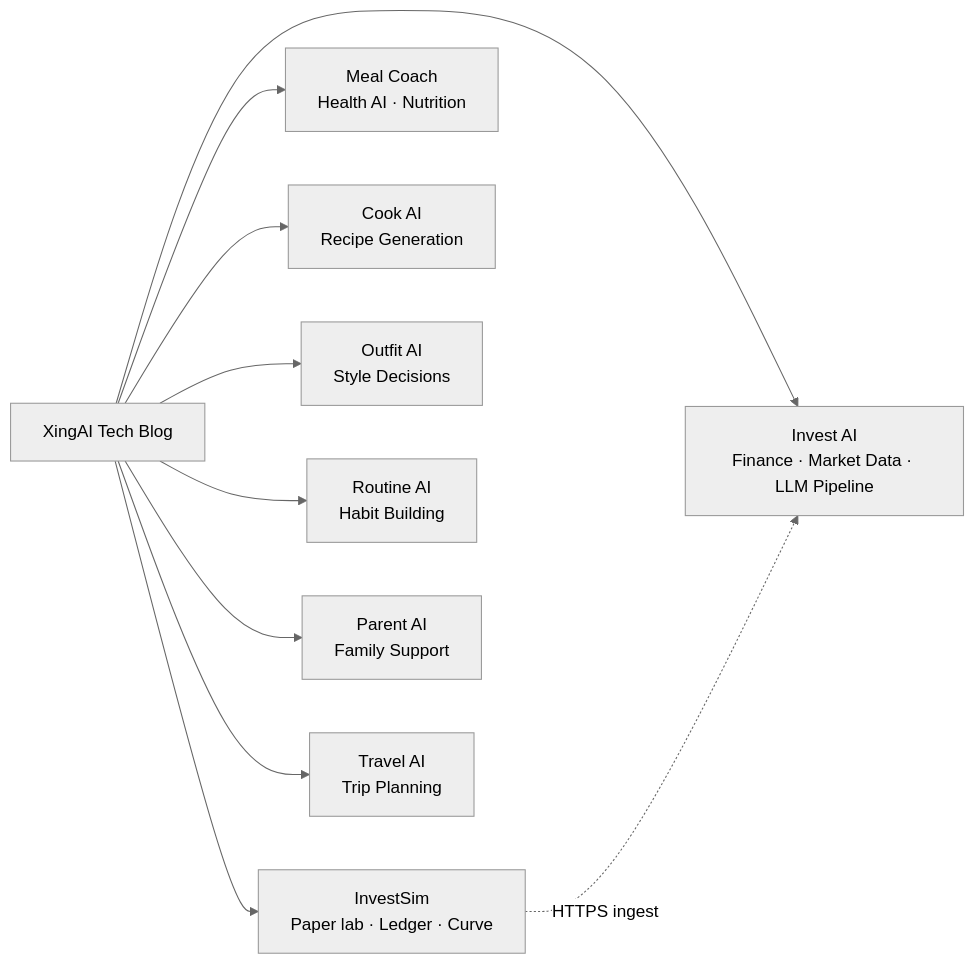
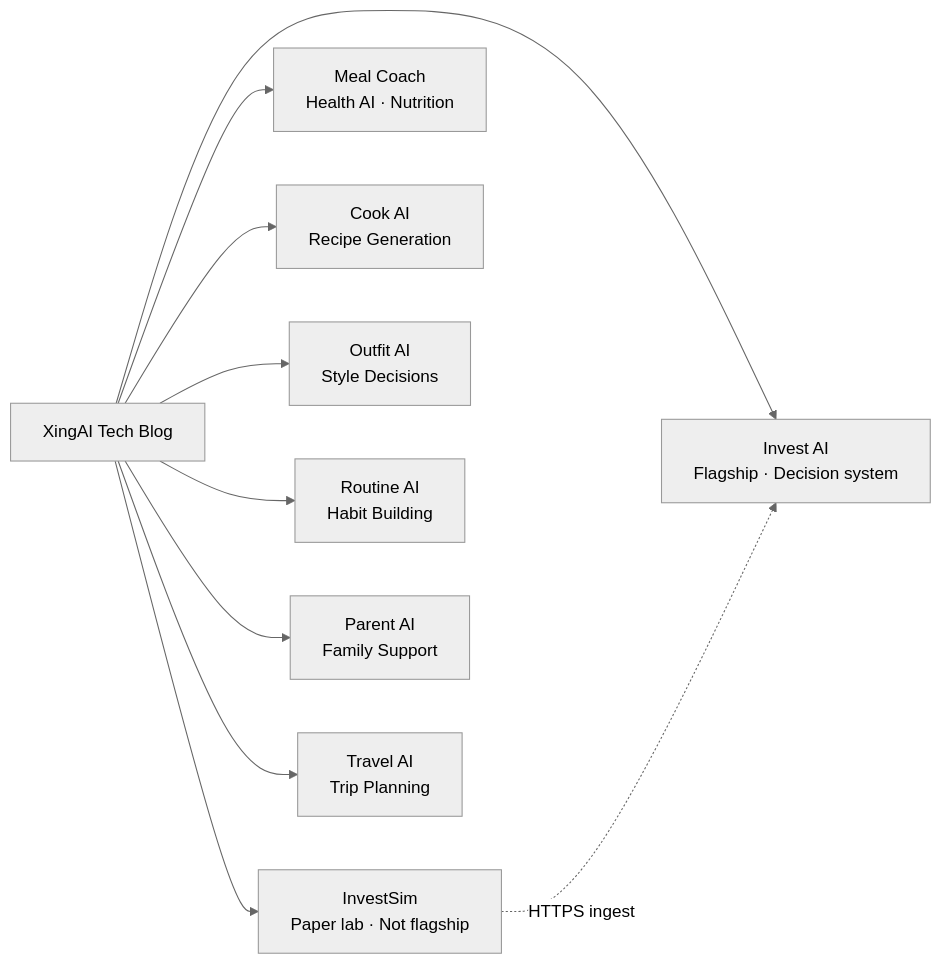
Before and after one commit to xingaiapp/xingai-tech-blog: the diagram in README.md, drawn with Mermaid (neutral theme). The commit also changed other lines of this file and 6 other files, not shown here.

````diff
--- a/README.md
+++ b/README.md
@@ -36,13 +39,13 @@
 ```mermaid
 graph LR
     BLOG["XingAI Tech Blog"]
-    BLOG --> INVEST["Invest AI<br/>Finance · Market Data · LLM Pipeline"]
-    BLOG --> INVESTSIM["InvestSim<br/>Paper lab · Ledger · Curve"]
+    BLOG --> INVEST["Invest AI<br/>Flagship · Decision system"]
+    BLOG --> INVESTSIM["InvestSim<br/>Paper lab · Not flagship"]
     BLOG --> MEAL["Meal Coach<br/>Health AI · Nutrition"]
     BLOG --> COOK["Cook AI<br/>Recipe Generation"]
     BLOG --> OUTFIT["Outfit AI<br/>Style Decisions"]
     BLOG --> ROUTINE["Routine AI<br/>Habit Building"]
     BLOG --> PARENT["Parent AI<br/>Family Support"]
     BLOG --> TRAVEL["Travel AI<br/>Trip Planning"]
     INVESTSIM -.->|"HTTPS ingest"| INVEST
 ```
````
